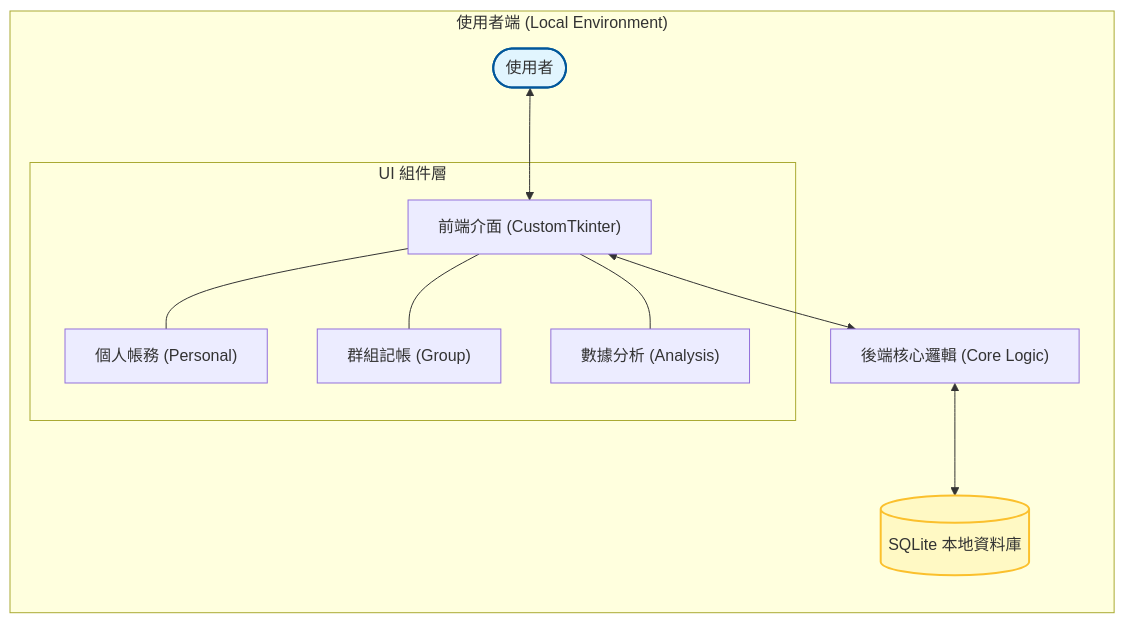
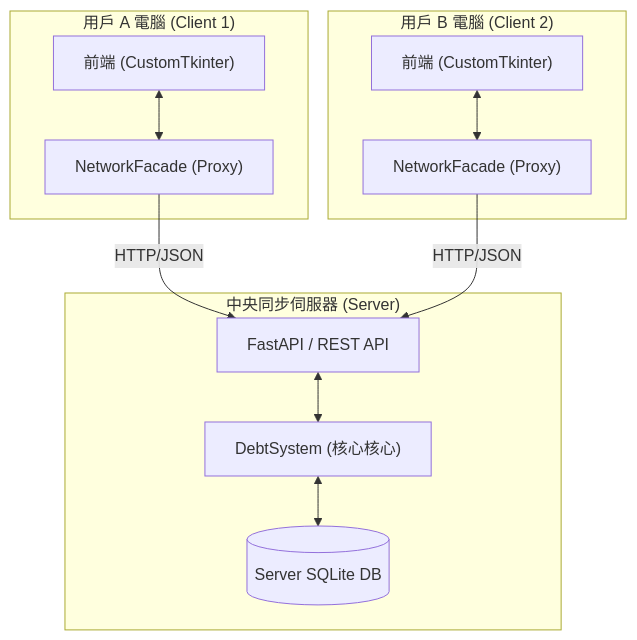
One commit to HuangRuihong/PJ02 changed the first of 3 diagrams in 工具/專案完整說明文件.md. Above: the diagram before and after it, drawn with Mermaid. The commit also changed other lines of this file and 27 other files, not shown here.

````diff
--- a/工具/專案完整說明文件.md
+++ b/工具/專案完整說明文件.md
@@ -31,21 +35,19 @@
 ```mermaid
-graph TB
-    subgraph "使用者端 (Local Environment)"
-        direction TB
-        User([使用者]) <--> GUI["前端介面 (CustomTkinter)"]
-        
-        subgraph "UI 組件層"
-            GUI --- PF["個人帳務 (Personal)"]
-            GUI --- GF["群組記帳 (Group)"]
-            GUI --- AF["數據分析 (Analysis)"]
-        end
-        
-        GUI <--> BL["後端核心邏輯 (Core Logic)"]
-        DB[(SQLite 本地資料庫)]
-        BL <--> DB
+graph TD
+    subgraph "用戶 A 電腦 (Client 1)"
+        GUI1["前端 (CustomTkinter)"] <--> NF1["NetworkFacade (Proxy)"]
     end
 
-    %% 樣式設定
-    style User fill:#e1f5fe,stroke:#01579b,stroke-width:2px
-    style DB fill:#fff9c4,stroke:#fbc02d,stroke-width:2px
+    subgraph "用戶 B 電腦 (Client 2)"
+        GUI2["前端 (CustomTkinter)"] <--> NF2["NetworkFacade (Proxy)"]
+    end
+
+    subgraph "中央同步伺服器 (Server)"
+        API["FastAPI / REST API"] <--> DS["DebtSystem (核心核心)"]
+        SDB[(Server SQLite DB)]
+        DS <--> SDB
+    end
+
+    NF1 -- "HTTP/JSON" --> API
+    NF2 -- "HTTP/JSON" --> API
 ```
````
